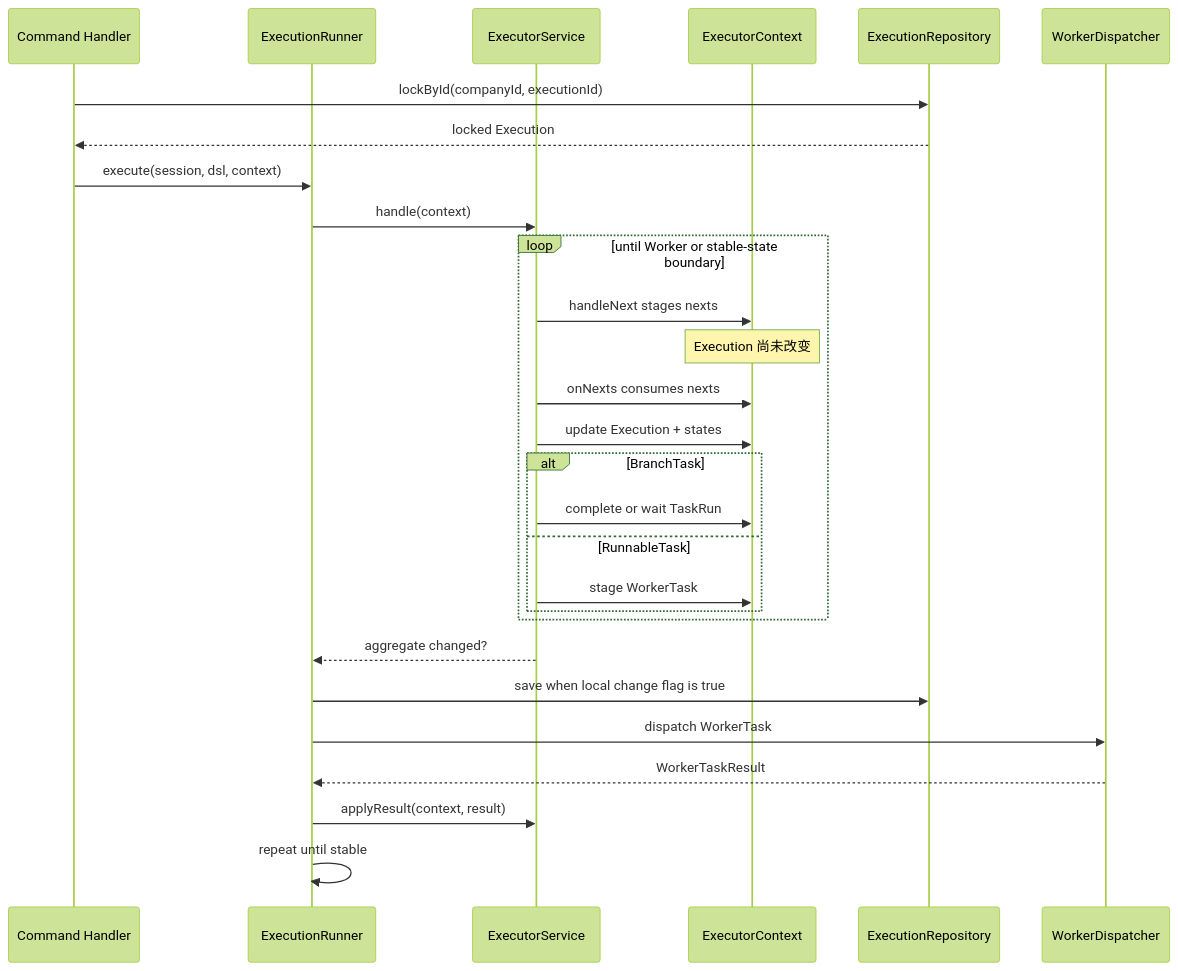
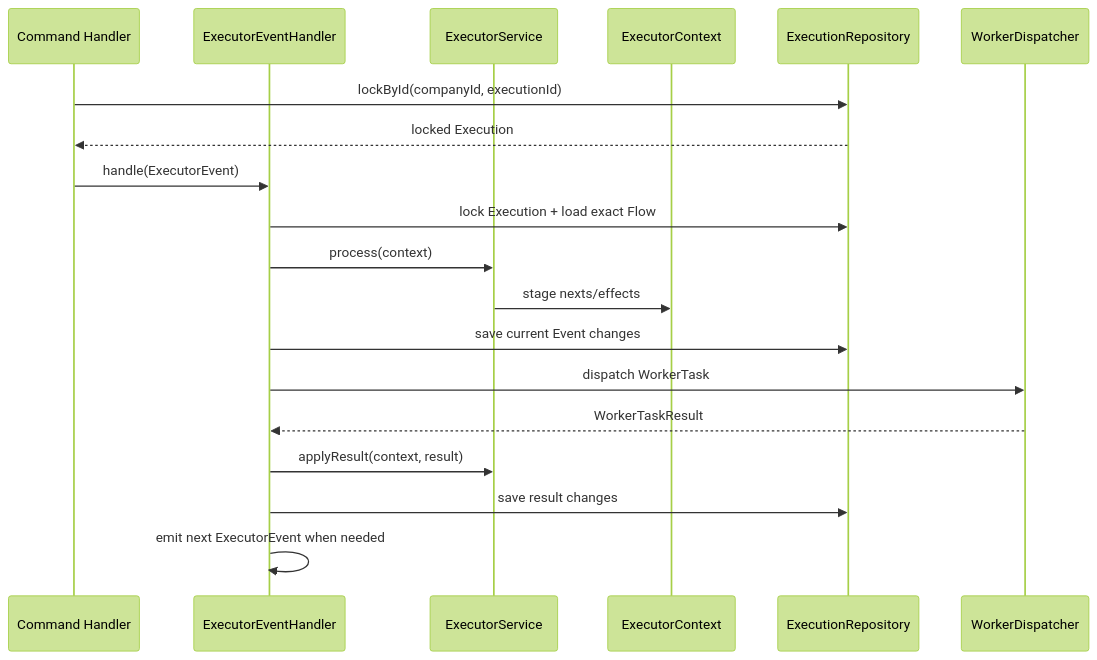
Before and after one commit to Eiddy5/flow: the diagram in docs/decisions/0020-stage-executor-cycle-effects.md, drawn with Mermaid (forest theme). The commit also changed other lines of this file and 88 other files, not shown here.

````diff
--- a/docs/decisions/0020-stage-executor-cycle-effects.md
+++ b/docs/decisions/0020-stage-executor-cycle-effects.md
@@ -181,31 +180,22 @@
 ```mermaid
 sequenceDiagram
     participant H as Command Handler
-    participant D as ExecutionRunner
+    participant D as ExecutorEventHandler
     participant S as ExecutorService
     participant C as ExecutorContext
     participant R as ExecutionRepository
     participant W as WorkerDispatcher
 
     H->>R: lockById(companyId, executionId)
     R-->>H: locked Execution
-    H->>D: execute(session, dsl, context)
-    D->>S: handle(context)
-    loop until Worker or stable-state boundary
-        S->>C: handleNext stages nexts
-        Note over C: Execution 尚未改变
-        S->>C: onNexts consumes nexts
-        S->>C: update Execution + states
-        alt BranchTask
-            S->>C: complete or wait TaskRun
-        else RunnableTask
-            S->>C: stage WorkerTask
-        end
-    end
-    S-->>D: aggregate changed?
-    D->>R: save when local change flag is true
+    H->>D: handle(ExecutorEvent)
+    D->>R: lock Execution + load exact Flow
+    D->>S: process(context)
+    S->>C: stage nexts/effects
+    D->>R: save current Event changes
     D->>W: dispatch WorkerTask
     W-->>D: WorkerTaskResult
     D->>S: applyResult(context, result)
-    D->>D: repeat until stable
+    D->>R: save result changes
+    D->>D: emit next ExecutorEvent when needed
 ```
````
